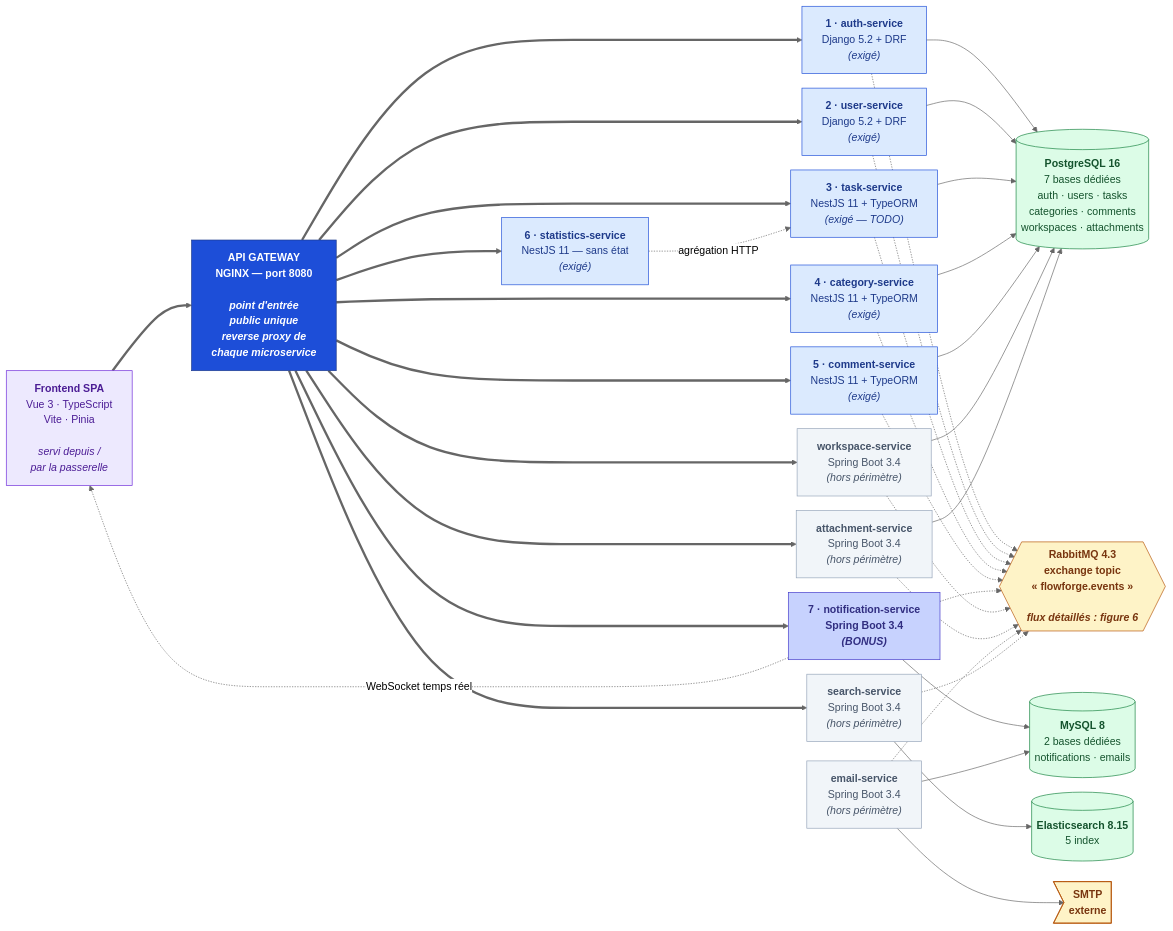
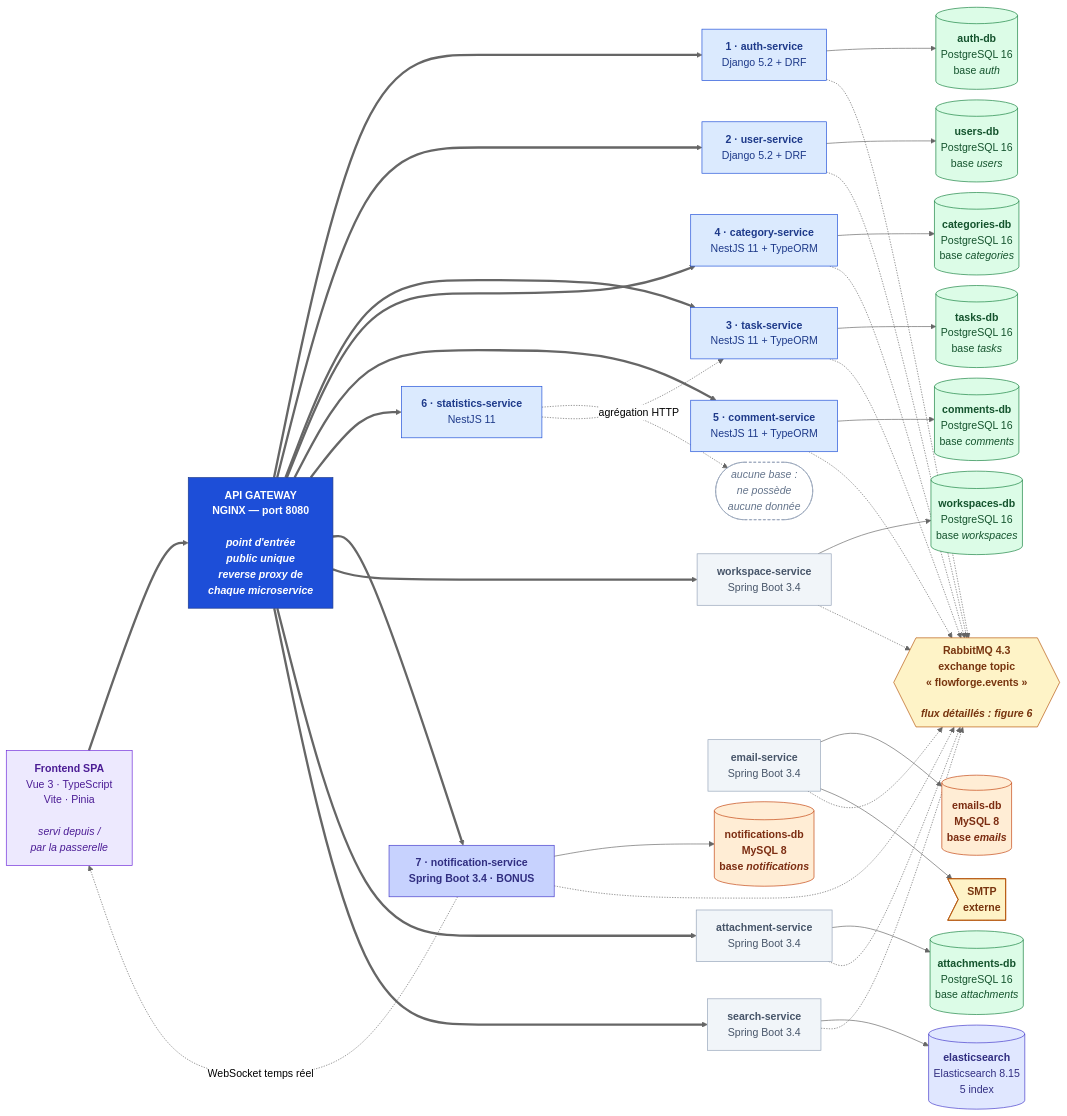
Before and after one commit to Chipop/microservices-PFE: the diagram in rapport/diagrams/01-architecture-globale.mmd, drawn with Mermaid. The commit also changed 6 other files, not shown here.

```diff
--- a/rapport/diagrams/01-architecture-globale.mmd
+++ b/rapport/diagrams/01-architecture-globale.mmd
@@ -1,53 +1,81 @@
-%%{init: {'theme':'neutral', 'flowchart': {'curve':'basis', 'nodeSpacing':22, 'rankSpacing':90}}}%%
+%%{init: {'theme':'neutral', 'flowchart': {'curve':'basis', 'nodeSpacing':16, 'rankSpacing':85}}}%%
 flowchart LR
     SPA["<b>Frontend SPA</b><br/>Vue 3 · TypeScript<br/>Vite · Pinia<br/><br/><i>servi depuis /<br/>par la passerelle</i>"]
 
     GW["<b>API GATEWAY</b><br/><b>NGINX</b> — port 8080<br/><br/><i>point d'entrée<br/>public unique</i><br/><i>reverse proxy de<br/>chaque microservice</i>"]
 
-    AUTH["<b>1 · auth-service</b><br/>Django 5.2 + DRF<br/><i>(exigé)</i>"]
-    USER["<b>2 · user-service</b><br/>Django 5.2 + DRF<br/><i>(exigé)</i>"]
-    TASK["<b>3 · task-service</b><br/>NestJS 11 + TypeORM<br/><i>(exigé — TODO)</i>"]
-    CAT["<b>4 · category-service</b><br/>NestJS 11 + TypeORM<br/><i>(exigé)</i>"]
-    COM["<b>5 · comment-service</b><br/>NestJS 11 + TypeORM<br/><i>(exigé)</i>"]
-    STAT["<b>6 · statistics-service</b><br/>NestJS 11 — sans état<br/><i>(exigé)</i>"]
-    NOTIF["<b>7 · notification-service</b><br/>Spring Boot 3.4<br/><i>(BONUS)</i>"]
+    %% ---- Services du périmètre exigé -------------------------------------
+    AUTH["<b>1 · auth-service</b><br/>Django 5.2 + DRF"]
+    USER["<b>2 · user-service</b><br/>Django 5.2 + DRF"]
+    TASK["<b>3 · task-service</b><br/>NestJS 11 + TypeORM"]
+    CAT["<b>4 · category-service</b><br/>NestJS 11 + TypeORM"]
+    COM["<b>5 · comment-service</b><br/>NestJS 11 + TypeORM"]
+    STAT["<b>6 · statistics-service</b><br/>NestJS 11"]
+    NOTIF["<b>7 · notification-service</b><br/>Spring Boot 3.4 · BONUS"]
 
-    WS["<b>workspace-service</b><br/>Spring Boot 3.4<br/><i>(hors périmètre)</i>"]
-    ATT["<b>attachment-service</b><br/>Spring Boot 3.4<br/><i>(hors périmètre)</i>"]
-    MAIL["<b>email-service</b><br/>Spring Boot 3.4<br/><i>(hors périmètre)</i>"]
-    SEARCH["<b>search-service</b><br/>Spring Boot 3.4<br/><i>(hors périmètre)</i>"]
+    %% ---- Services hors périmètre -----------------------------------------
+    WS["<b>workspace-service</b><br/>Spring Boot 3.4"]
+    ATT["<b>attachment-service</b><br/>Spring Boot 3.4"]
+    MAIL["<b>email-service</b><br/>Spring Boot 3.4"]
+    SEARCH["<b>search-service</b><br/>Spring Boot 3.4"]
 
-    PG[("<b>PostgreSQL 16</b><br/>7 bases dédiées<br/>auth · users · tasks<br/>categories · comments<br/>workspaces · attachments")]
-    MY[("<b>MySQL 8</b><br/>2 bases dédiées<br/>notifications · emails")]
-    ES[("<b>Elasticsearch 8.15</b><br/>5 index")]
+    %% ---- UNE BASE DÉDIÉE PAR SERVICE — aucune base n'est partagée ---------
+    DBAUTH[("<b>auth-db</b><br/>PostgreSQL 16<br/>base <i>auth</i>")]
+    DBUSER[("<b>users-db</b><br/>PostgreSQL 16<br/>base <i>users</i>")]
+    DBTASK[("<b>tasks-db</b><br/>PostgreSQL 16<br/>base <i>tasks</i>")]
+    DBCAT[("<b>categories-db</b><br/>PostgreSQL 16<br/>base <i>categories</i>")]
+    DBCOM[("<b>comments-db</b><br/>PostgreSQL 16<br/>base <i>comments</i>")]
+    DBWS[("<b>workspaces-db</b><br/>PostgreSQL 16<br/>base <i>workspaces</i>")]
+    DBATT[("<b>attachments-db</b><br/>PostgreSQL 16<br/>base <i>attachments</i>")]
+    DBNOTIF[("<b>notifications-db</b><br/><b>MySQL 8</b><br/>base <i>notifications</i>")]
+    DBMAIL[("<b>emails-db</b><br/><b>MySQL 8</b><br/>base <i>emails</i>")]
+    DBES[("<b>elasticsearch</b><br/>Elasticsearch 8.15<br/>5 index")]
+    NODB(["<i>aucune base :<br/>ne possède<br/>aucune donnée</i>"])
+
     BUS{{"<b>RabbitMQ 4.3</b><br/>exchange topic<br/>« flowforge.events »<br/><br/><i>flux détaillés : figure 6</i>"}}
     SMTP>"<b>SMTP</b><br/>externe"]
 
     SPA ==> GW
     GW ==> AUTH & USER & TASK & CAT & COM & STAT & NOTIF & WS & ATT & SEARCH
 
-    AUTH & USER & TASK & CAT & COM & WS & ATT --> PG
-    NOTIF & MAIL --> MY
-    SEARCH --> ES
+    %% Chaque service possède SA base, et ELLE SEULE : 1 flèche, 1 base.
+    AUTH --> DBAUTH
+    USER --> DBUSER
+    TASK --> DBTASK
+    CAT --> DBCAT
+    COM --> DBCOM
+    WS --> DBWS
+    ATT --> DBATT
+    NOTIF --> DBNOTIF
+    MAIL --> DBMAIL
+    SEARCH --> DBES
+    STAT -.-> NODB
+
     MAIL --> SMTP
 
     AUTH & USER & TASK & CAT & COM & NOTIF & WS & ATT & MAIL & SEARCH -.-> BUS
 
     STAT -. "agrégation HTTP" .-> TASK
     NOTIF -. "WebSocket temps réel" .-> SPA
 
     classDef gw fill:#1d4ed8,stroke:#1e3a8a,color:#fff,font-weight:bold
     classDef core fill:#dbeafe,stroke:#1d4ed8,color:#1e3a8a
     classDef bonus fill:#c7d2fe,stroke:#4338ca,color:#312e81,font-weight:bold
     classDef extra fill:#f1f5f9,stroke:#94a3b8,color:#475569
-    classDef store fill:#dcfce7,stroke:#15803d,color:#14532d
+    classDef pgdb fill:#dcfce7,stroke:#15803d,color:#14532d
+    classDef mydb fill:#ffedd5,stroke:#c2410c,color:#7c2d12,font-weight:bold
+    classDef esdb fill:#e0e7ff,stroke:#4338ca,color:#312e81
+    classDef nodb fill:#ffffff,stroke:#94a3b8,color:#64748b,stroke-dasharray:4 3
     classDef bus fill:#fef3c7,stroke:#b45309,color:#78350f,font-weight:bold
     classDef spa fill:#ede9fe,stroke:#6d28d9,color:#4c1d95
 
     class GW gw
     class AUTH,USER,TASK,CAT,COM,STAT core
     class NOTIF bonus
     class WS,ATT,MAIL,SEARCH extra
-    class PG,MY,ES store
+    class DBAUTH,DBUSER,DBTASK,DBCAT,DBCOM,DBWS,DBATT pgdb
+    class DBNOTIF,DBMAIL mydb
+    class DBES esdb
+    class NODB nodb
     class BUS,SMTP bus
     class SPA spa
```
